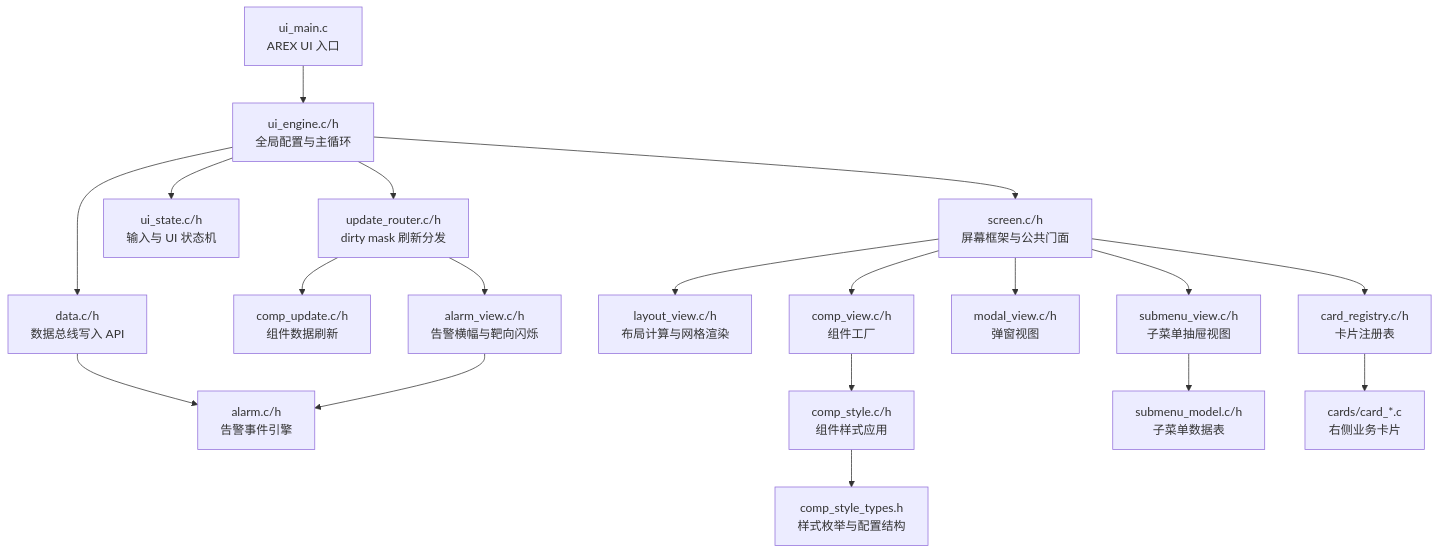
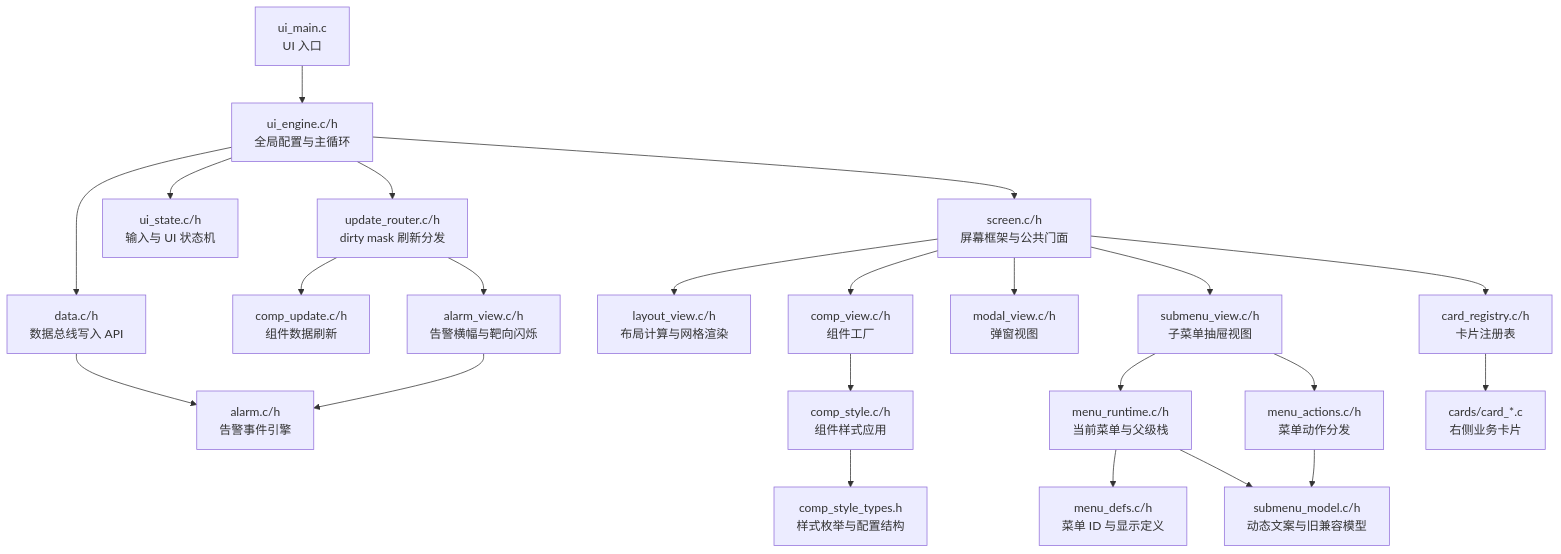
One commit to arexvision/lv_port_win_codeblocks-release-v8.3_hasGroup changed the first of 6 diagrams in UI_html_DOC/UI_MODULE_MAP.md. Above: the diagram before and after it, drawn with Mermaid. The commit also changed other lines of this file and 4 other files, not shown here.

````diff
--- a/UI_html_DOC/UI_MODULE_MAP.md
+++ b/UI_html_DOC/UI_MODULE_MAP.md
@@ -21,24 +21,28 @@
 ```mermaid
 flowchart TD
-    UI["ui_main.c<br/>AREX UI 入口"] --> Engine["ui_engine.c/h<br/>全局配置与主循环"]
+    UI["ui_main.c<br/>UI 入口"] --> Engine["ui_engine.c/h<br/>全局配置与主循环"]
     Engine --> Data["data.c/h<br/>数据总线写入 API"]
     Engine --> State["ui_state.c/h<br/>输入与 UI 状态机"]
     Engine --> UpdateRouter["update_router.c/h<br/>dirty mask 刷新分发"]
     Engine --> Screen["screen.c/h<br/>屏幕框架与公共门面"]
 
     Screen --> Layout["layout_view.c/h<br/>布局计算与网格渲染"]
     Screen --> WidgetView["comp_view.c/h<br/>组件工厂"]
     Screen --> Modal["modal_view.c/h<br/>弹窗视图"]
     Screen --> SubmenuView["submenu_view.c/h<br/>子菜单抽屉视图"]
-    SubmenuView --> SubmenuModel["submenu_model.c/h<br/>子菜单数据表"]
+    SubmenuView --> MenuRuntime["menu_runtime.c/h<br/>当前菜单与父级栈"]
+    MenuRuntime --> MenuDefs["menu_defs.c/h<br/>菜单 ID 与显示定义"]
+    SubmenuView --> MenuActions["menu_actions.c/h<br/>菜单动作分发"]
+    MenuRuntime --> SubmenuModel["submenu_model.c/h<br/>动态文案与旧兼容模型"]
+    MenuActions --> SubmenuModel
 
     UpdateRouter --> WidgetUpdate["comp_update.c/h<br/>组件数据刷新"]
     UpdateRouter --> AlarmView["alarm_view.c/h<br/>告警横幅与靶向闪烁"]
     Data --> AlarmEngine["alarm.c/h<br/>告警事件引擎"]
     AlarmView --> AlarmEngine
 
     Screen --> Registry["card_registry.c/h<br/>卡片注册表"]
     Registry --> Cards["cards/card_*.c<br/>右侧业务卡片"]
     WidgetView --> Style["comp_style.c/h<br/>组件样式应用"]
     Style --> StyleTypes["comp_style_types.h<br/>样式枚举与配置结构"]
 ```
````
